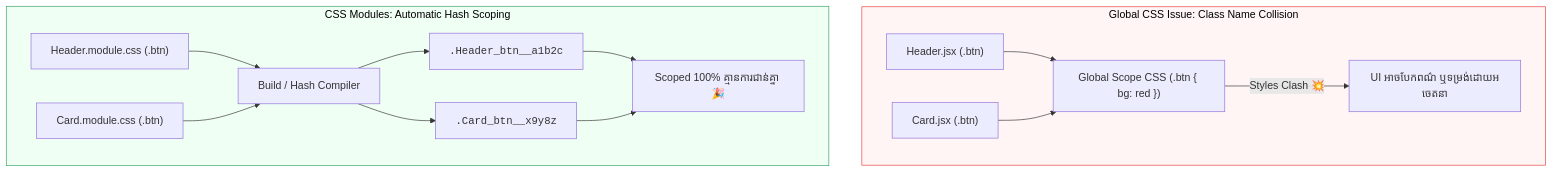
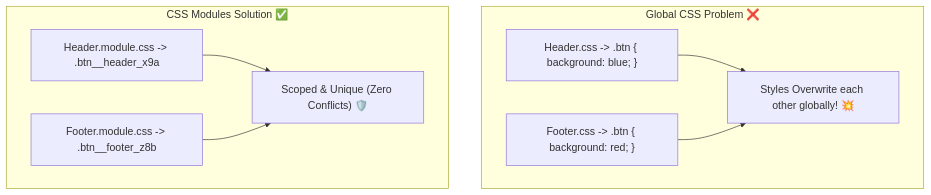
One commit to Ari-ICU/full-stack-short-coures changed the diagram in src/courses/react/module-5-styling-ui/01-css-modules.mdx. Above: the diagram before and after it, drawn with Mermaid. The commit also changed other lines of this file and 52 other files, not shown here.

````diff
--- a/src/courses/react/module-5-styling-ui/01-css-modules.mdx
+++ b/src/courses/react/module-5-styling-ui/01-css-modules.mdx
@@ -23,22 +24,16 @@
 ```mermaid
-flowchart TD
-    subgraph GlobalCSSProblem["Global CSS Issue: Class Name Collision"]
-        direction LR
-        G1["Header.jsx (.btn)"] --> GC["Global Scope CSS (.btn { bg: red })"]
-        G2["Card.jsx (.btn)"] --> GC
-        GC -->|Styles Clash 💥| GResult["UI អាចបែកពណ៌ ឬទម្រង់ដោយអចេតនា"]
+graph TD
+    subgraph GlobalCSS["Global CSS Problem ❌"]
+        G1["Header.css -> .btn { background: blue; }"]
+        G2["Footer.css -> .btn { background: red; }"]
+        G1 --> Conflict["Styles Overwrite each other globally! 💥"]
+        G2 --> Conflict
     end
 
-    subgraph CSSModulesSolution["CSS Modules: Automatic Hash Scoping"]
-        direction LR
-        M1["Header.module.css (.btn)"] --> Compile["Build / Hash Compiler"]
-        M2["Card.module.css (.btn)"] --> Compile
-        Compile --> M1Out["<code>.Header_btn__a1b2c</code>"]
-        Compile --> M2Out["<code>.Card_btn__x9y8z</code>"]
-        M1Out --> MResult["Scoped 100% គ្មានការជាន់គ្នា 🎉"]
-        M2Out --> MResult
+    subgraph CSSModules["CSS Modules Solution ✅"]
+        M1["Header.module.css -> .btn__header_x9a"]
+        M2["Footer.module.css -> .btn__footer_z8b"]
+        M1 --> Isolated["Scoped & Unique (Zero Conflicts) 🛡️"]
+        M2 --> Isolated
     end
-
-    style GlobalCSSProblem fill:#fff5f5,stroke:#e53e3e,color:#000
-    style CSSModulesSolution fill:#f0fff4,stroke:#38a169,color:#000
 ```
````
